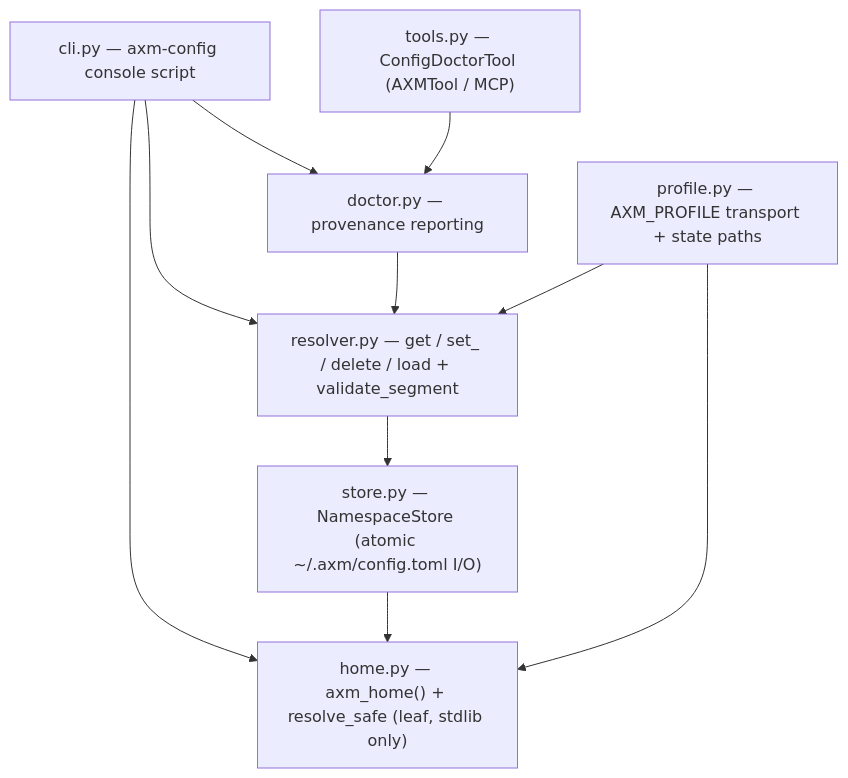
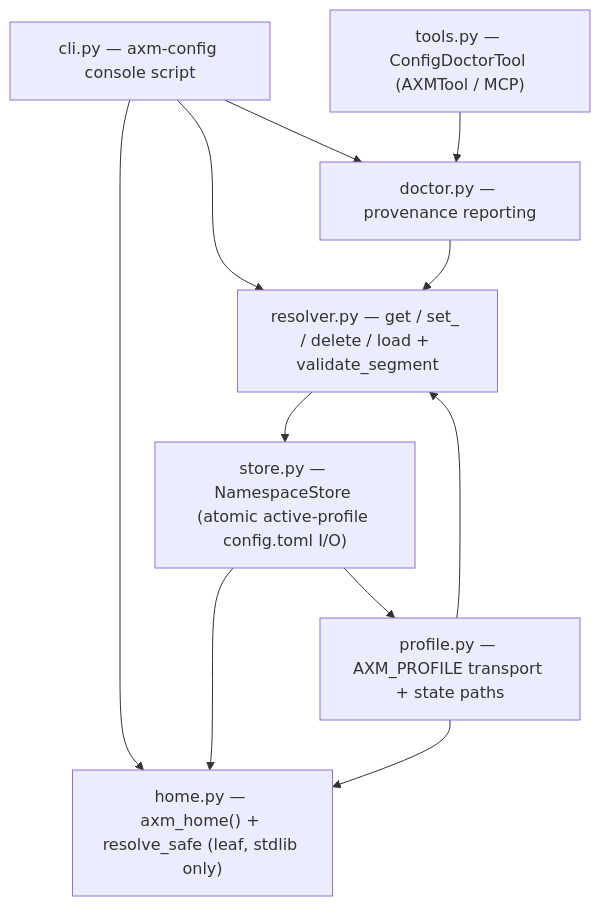
Before and after one commit to axm-protocols/axm-forge: the diagram in packages/axm-config/docs/explanation/architecture.md, drawn with Mermaid. The commit also changed other lines of this file and 6 other files, not shown here.

First line of the commit message:
feat(axm-config): isole les stores de configuration par profil

````diff
--- a/packages/axm-config/docs/explanation/architecture.md
+++ b/packages/axm-config/docs/explanation/architecture.md
@@ -9,20 +9,21 @@
 ```mermaid
 graph TD
     CLI["cli.py — axm-config console script"]
     Tool["tools.py — ConfigDoctorTool (AXMTool / MCP)"]
     Doctor["doctor.py — provenance reporting"]
     Resolver["resolver.py — get / set_ / delete / load + validate_segment"]
-    Store["store.py — NamespaceStore (atomic ~/.axm/config.toml I/O)"]
+    Store["store.py — NamespaceStore (atomic active-profile config.toml I/O)"]
     Home["home.py — axm_home() + resolve_safe (leaf, stdlib only)"]
     Profile["profile.py — AXM_PROFILE transport + state paths"]
 
     CLI --> Resolver
     CLI --> Doctor
     CLI --> Home
     Tool --> Doctor
     Doctor --> Resolver
     Resolver --> Store
+    Store --> Profile
     Store --> Home
     Profile --> Home
     Profile --> Resolver
 ```
````
